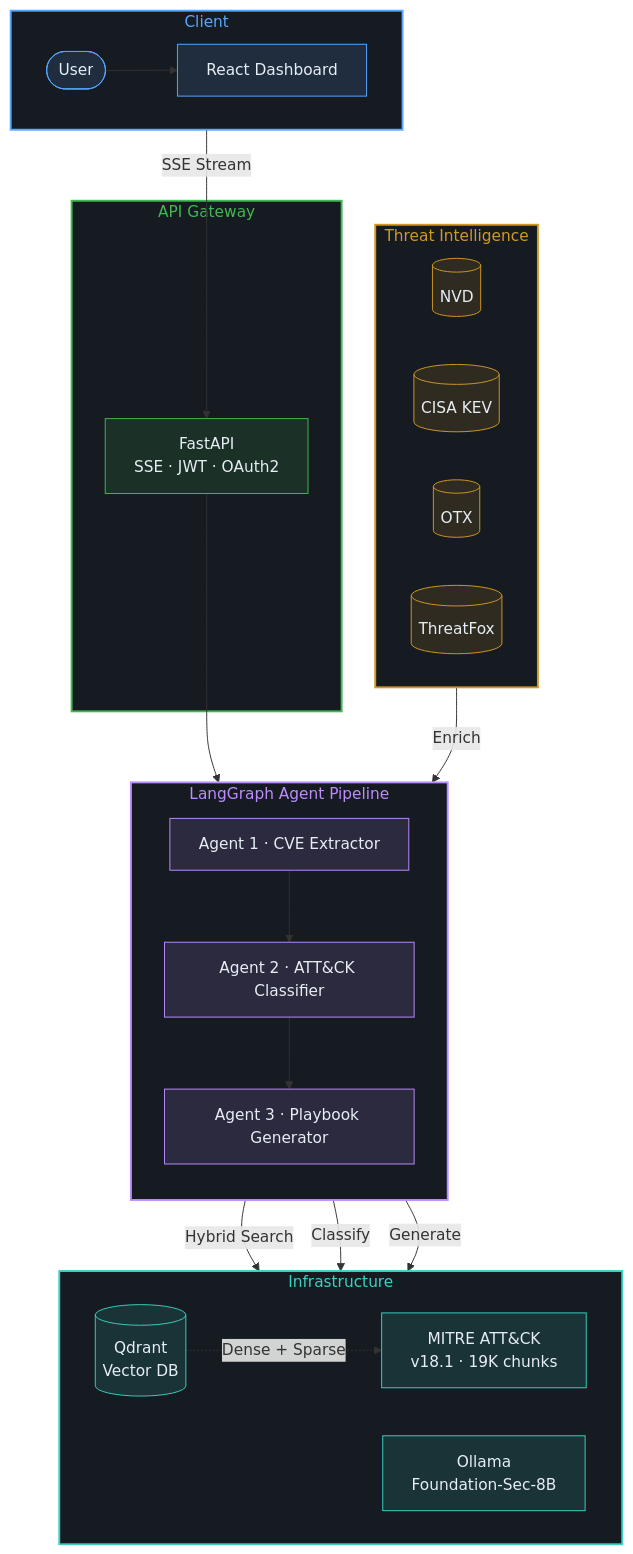
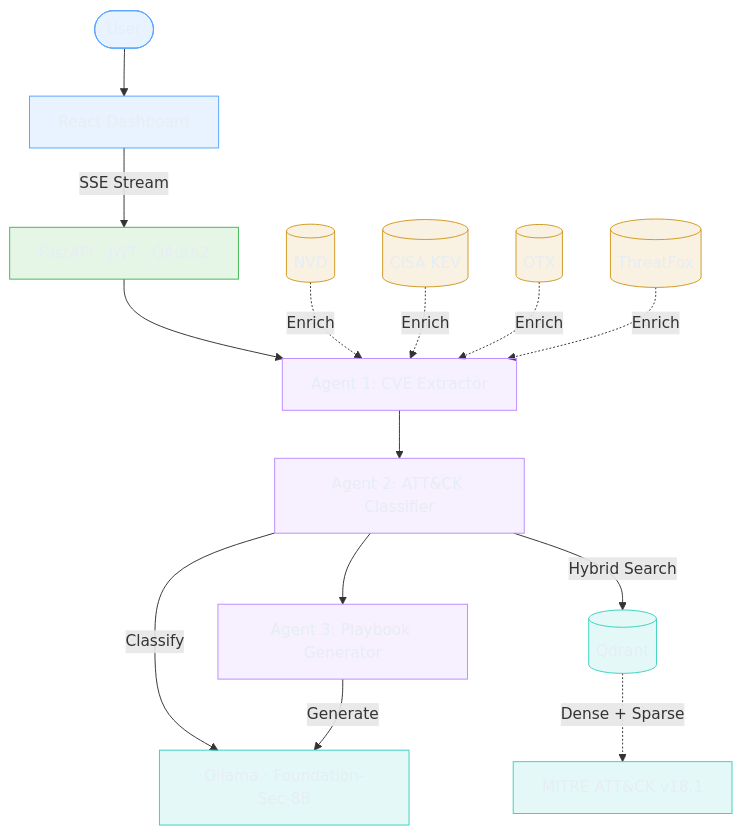
Before and after one commit to ayansk11/Agentic-Cybersec-Threat-Analyst: the diagram in README.md, drawn with Mermaid.

Commit message:
Simplify Mermaid architecture diagram for cleaner rendering

````diff
--- a/README.md
+++ b/README.md
@@ -11,64 +11,30 @@
 ```mermaid
-flowchart TB
-    subgraph Client["  Client  "]
-        direction LR
-        User(["  User  "])
-        Frontend["  React Dashboard  "]
-        User --> Frontend
-    end
+flowchart TD
+    User(["User"]) --> Frontend["React Dashboard"]
+    Frontend -->|"SSE Stream"| Backend["FastAPI · JWT · OAuth2"]
+    Backend --> A1
 
-    subgraph Gateway["  API Gateway  "]
-        Backend["  FastAPI  \n  SSE · JWT · OAuth2  "]
-    end
+    NVD[("NVD")] & KEV[("CISA KEV")] & OTX[("OTX")] & TFox[("ThreatFox")] -.->|"Enrich"| A1
 
-    subgraph Intel["  Threat Intelligence  "]
-        direction LR
-        NVD[("  NVD  ")]
-        KEV[("  CISA KEV  ")]
-        OTX[("  OTX  ")]
-        TFox[("  ThreatFox  ")]
-    end
+    A1["Agent 1: CVE Extractor"] --> A2["Agent 2: ATT&CK Classifier"]
+    A2 --> A3["Agent 3: Playbook Generator"]
 
-    subgraph Pipeline["  LangGraph Agent Pipeline  "]
-        direction TB
-        A1["  Agent 1 · CVE Extractor  "]
-        A2["  Agent 2 · ATT&CK Classifier  "]
-        A3["  Agent 3 · Playbook Generator  "]
-        A1 --> A2 --> A3
-    end
-
-    subgraph Infra["  Infrastructure  "]
-        direction LR
-        Qdrant[("  Qdrant  \n  Vector DB  ")]
-        MITRE["  MITRE ATT&CK  \n  v18.1 · 19K chunks  "]
-        LLM["  Ollama  \n  Foundation-Sec-8B  "]
-    end
-
-    Frontend -->|"SSE Stream"| Backend
-    Backend --> Pipeline
-    Intel -->|"Enrich"| Pipeline
-    A2 -->|"Hybrid Search"| Qdrant
-    A2 -->|"Classify"| LLM
+    A2 -->|"Hybrid Search"| Qdrant[("Qdrant")]
+    A2 -->|"Classify"| LLM["Ollama · Foundation-Sec-8B"]
     A3 -->|"Generate"| LLM
-    Qdrant -.->|"Dense + Sparse"| MITRE
-
-    style Client fill:#161b22,stroke:#58a6ff,stroke-width:2px,color:#58a6ff
-    style Gateway fill:#161b22,stroke:#3fb950,stroke-width:2px,color:#3fb950
-    style Pipeline fill:#161b22,stroke:#bc8cff,stroke-width:2px,color:#bc8cff
-    style Intel fill:#161b22,stroke:#d29922,stroke-width:2px,color:#d29922
-    style Infra fill:#161b22,stroke:#39d2c0,stroke-width:2px,color:#39d2c0
+    Qdrant -.->|"Dense + Sparse"| MITRE["MITRE ATT&CK v18.1"]
 
     style User fill:#58a6ff22,stroke:#58a6ff,color:#e6edf3
     style Frontend fill:#58a6ff22,stroke:#58a6ff,color:#e6edf3
     style Backend fill:#3fb95022,stroke:#3fb950,color:#e6edf3
     style A1 fill:#bc8cff22,stroke:#bc8cff,color:#e6edf3
     style A2 fill:#bc8cff22,stroke:#bc8cff,color:#e6edf3
     style A3 fill:#bc8cff22,stroke:#bc8cff,color:#e6edf3
     style NVD fill:#d2992222,stroke:#d29922,color:#e6edf3
     style KEV fill:#d2992222,stroke:#d29922,color:#e6edf3
     style OTX fill:#d2992222,stroke:#d29922,color:#e6edf3
     style TFox fill:#d2992222,stroke:#d29922,color:#e6edf3
     style Qdrant fill:#39d2c022,stroke:#39d2c0,color:#e6edf3
     style LLM fill:#39d2c022,stroke:#39d2c0,color:#e6edf3
     style MITRE fill:#39d2c022,stroke:#39d2c0,color:#e6edf3
 ```
````
